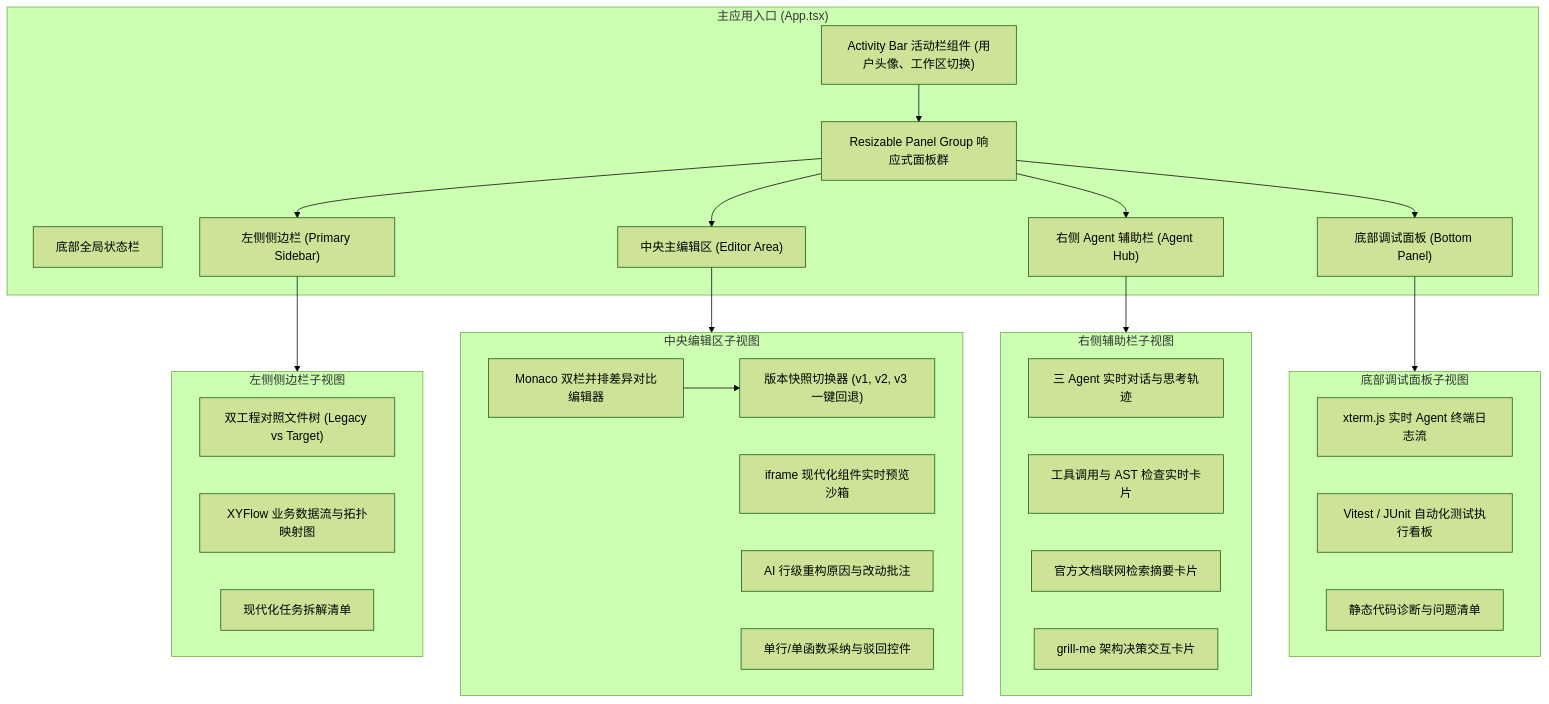
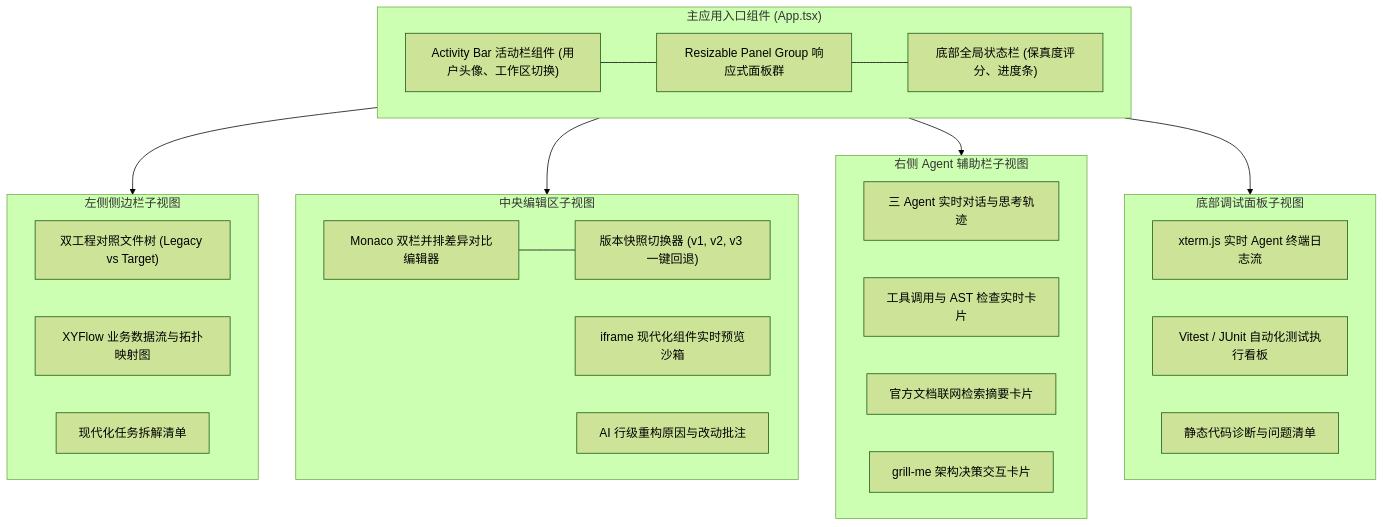
The sixth of 6 diagrams in docs/zh/architecture.md (SakuraCianna/LegacyCodeModernizer), drawn with Mermaid (forest theme) before and after one commit. The commit also changed other lines of this file and 7 other files, not shown here.

Commit message:
docs: 扁平化重构全量 Mermaid 图表，修复 Typora 嵌套报错与高清晰度垂直排版

````diff
--- a/docs/zh/architecture.md
+++ b/docs/zh/architecture.md
@@ -299,47 +255,42 @@
 ```mermaid
 graph TB
-    subgraph App ["主应用入口 (App.tsx)"]
+    subgraph MainAppRoot ["主应用入口组件 (App.tsx)"]
         ActivityBar["Activity Bar 活动栏组件 (用户头像、工作区切换)"]
         PanelGroup["Resizable Panel Group 响应式面板群"]
-        StatusBar["底部全局状态栏"]
-
-        ActivityBar --> PanelGroup
-        PanelGroup --> LeftSidebar["左侧侧边栏 (Primary Sidebar)"]
-        PanelGroup --> CenterEditor["中央主编辑区 (Editor Area)"]
-        PanelGroup --> RightSidebar["右侧 Agent 辅助栏 (Agent Hub)"]
-        PanelGroup --> BottomPanel["底部调试面板 (Bottom Panel)"]
+        StatusBar["底部全局状态栏 (保真度评分、进度条)"]
+        ActivityBar --- PanelGroup
+        PanelGroup --- StatusBar
     end
 
-    subgraph LeftSidebarComponents ["左侧侧边栏子视图"]
+    subgraph SidebarViews ["左侧侧边栏子视图"]
         FileTree["双工程对照文件树 (Legacy vs Target)"]
         BusinessMap["XYFlow 业务数据流与拓扑映射图"]
         TaskRoadmap["现代化任务拆解清单"]
     end
 
-    subgraph CenterEditorComponents ["中央编辑区子视图"]
+    subgraph EditorViews ["中央编辑区子视图"]
         MonacoDiff["Monaco 双栏并排差异对比编辑器"]
         LiveSandboxView["iframe 现代化组件实时预览沙箱"]
         VersionSelector["版本快照切换器 (v1, v2, v3 一键回退)"]
         RationaleBadge["AI 行级重构原因与改动批注"]
-        InlineReview["单行/单函数采纳与驳回控件"]
-        MonacoDiff --> VersionSelector
+        MonacoDiff --- VersionSelector
     end
 
-    subgraph RightSidebarComponents ["右侧辅助栏子视图"]
+    subgraph AgentViews ["右侧 Agent 辅助栏子视图"]
         AgentChat["三 Agent 实时对话与思考轨迹"]
         ToolBadge["工具调用与 AST 检查实时卡片"]
         DocSnippet["官方文档联网检索摘要卡片"]
         GrillCard["grill-me 架构决策交互卡片"]
     end
 
-    subgraph BottomPanelComponents ["底部调试面板子视图"]
+    subgraph BottomViews ["底部调试面板子视图"]
         XtermTerminal["xterm.js 实时 Agent 终端日志流"]
         TestRunner["Vitest / JUnit 自动化测试执行看板"]
         LinterProblems["静态代码诊断与问题清单"]
     end
 
-    LeftSidebar --> LeftSidebarComponents
-    CenterEditor --> CenterEditorComponents
-    RightSidebar --> RightSidebarComponents
-    BottomPanel --> BottomPanelComponents
+    MainAppRoot --> SidebarViews
+    MainAppRoot --> EditorViews
+    MainAppRoot --> AgentViews
+    MainAppRoot --> BottomViews
 ```
````
